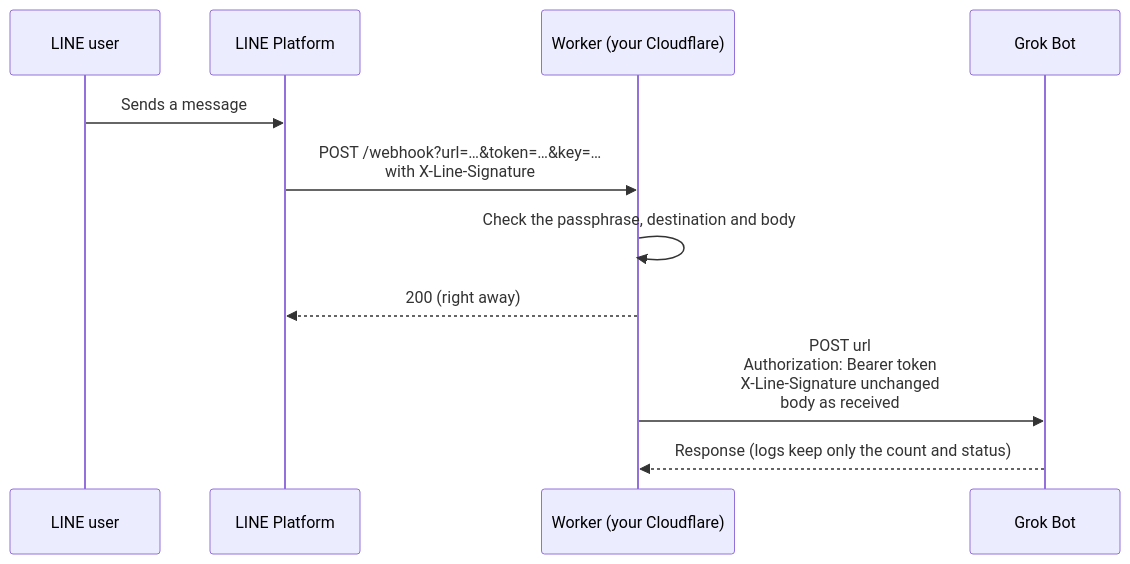
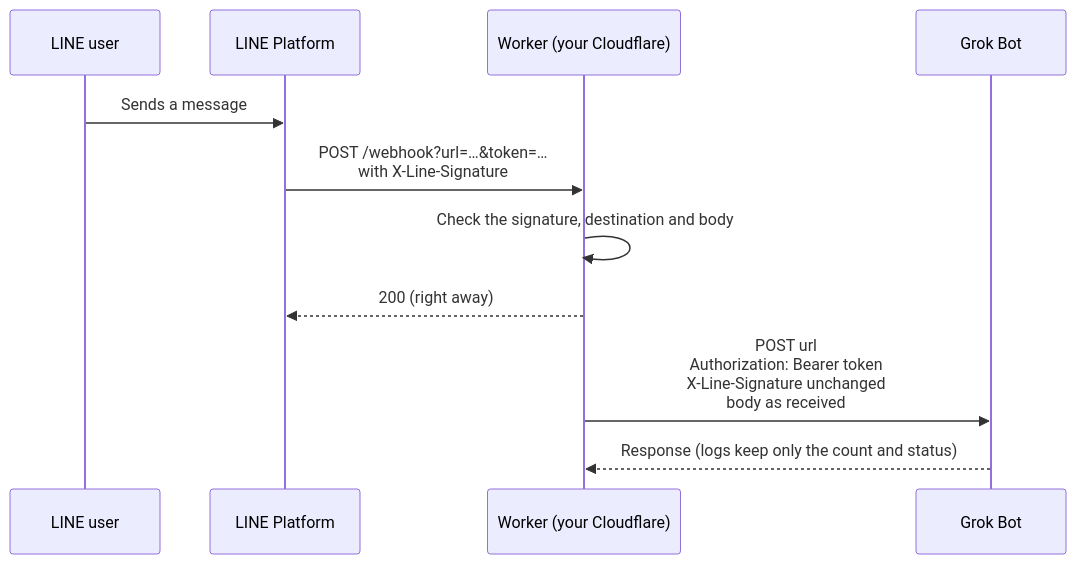
The first of 2 diagrams in README.en.md (cloud-position/grok-bot-line-relay), drawn with Mermaid before and after one commit. The commit also changed other lines of this file and 9 other files, not shown here.

First line of the commit message:
Verify the LINE signature and drop RELAY_KEY

````diff
--- a/README.en.md
+++ b/README.en.md
@@ -126,14 +134,14 @@
 ```mermaid
 sequenceDiagram
     participant U as LINE user
     participant L as LINE Platform
     participant W as Worker (your Cloudflare)
     participant G as Grok Bot
 
     U->>L: Sends a message
-    L->>W: POST /webhook?url=…&token=…&key=…<br/>with X-Line-Signature
-    W->>W: Check the passphrase, destination and body
+    L->>W: POST /webhook?url=…&token=…<br/>with X-Line-Signature
+    W->>W: Check the signature, destination and body
     W-->>L: 200 (right away)
     W->>G: POST url<br/>Authorization: Bearer token<br/>X-Line-Signature unchanged<br/>body as received
     G-->>W: Response (logs keep only the count and status)
 ```
````
